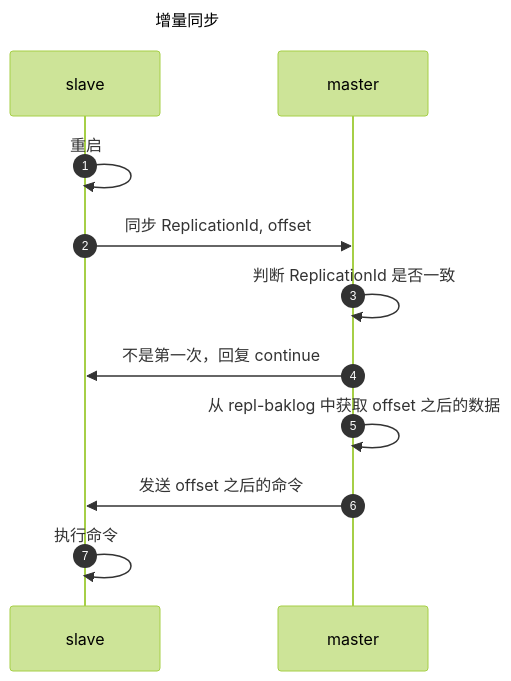
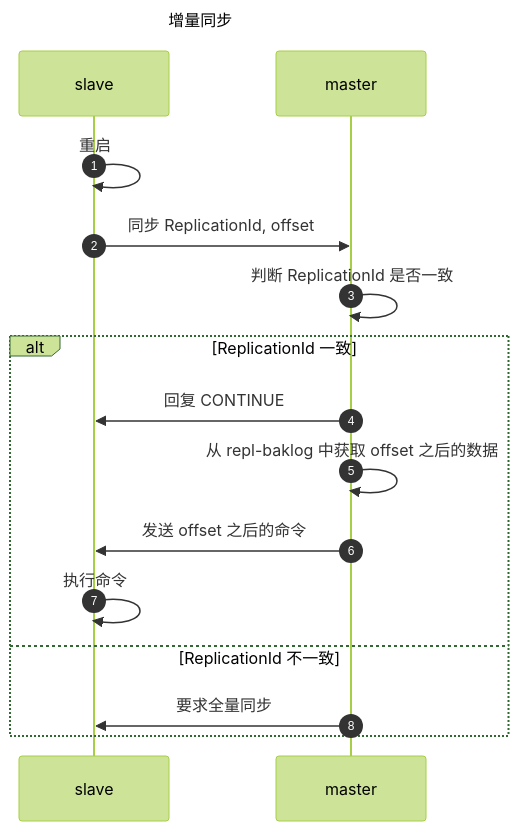
Before and after one commit to dingyuqi/keep-it-simple-site: the second of 2 diagrams in docs/1. 数据库/2024-09-04-Redis 详解.md, drawn with Mermaid (forest theme). The commit also changed other lines of this file and 7 other files, not shown here.

Commit message:
fix(docs): mermaid grammar

````diff
--- a/docs/1. 数据库/2024-09-04-Redis 详解.md
+++ b/docs/1. 数据库/2024-09-04-Redis 详解.md
@@ -149,14 +152,21 @@
 ``` mermaid
 ---
 title: 增量同步
 ---
 sequenceDiagram
     autonumber
+    participant slave
+    participant master
+
     slave->>slave: 重启
     slave->>master: 同步 ReplicationId, offset
     master->>master: 判断 ReplicationId 是否一致
-    master->>slave: 不是第一次，回复 continue
-    master->>master: 从 repl-baklog 中获取 offset 之后的数据
-    master->>slave: 发送 offset 之后的命令
-    slave->>slave: 执行命令
+    alt ReplicationId 一致
+        master->>slave: 回复 CONTINUE
+        master->>master: 从 repl-baklog 中获取 offset 之后的数据
+        master->>slave: 发送 offset 之后的命令
+        slave->>slave: 执行命令
+    else ReplicationId 不一致
+        master->>slave: 要求全量同步
+    end
 ```
````
